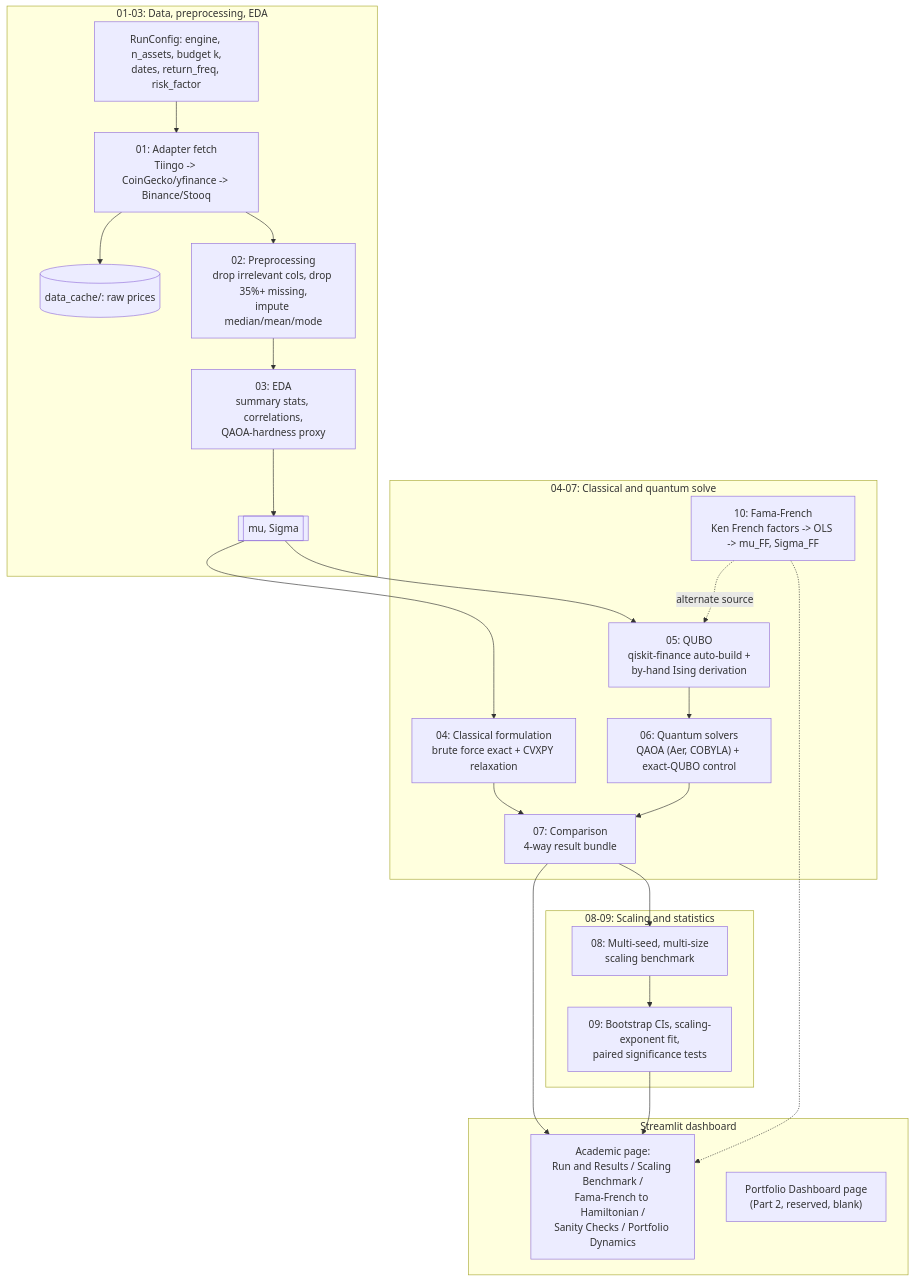
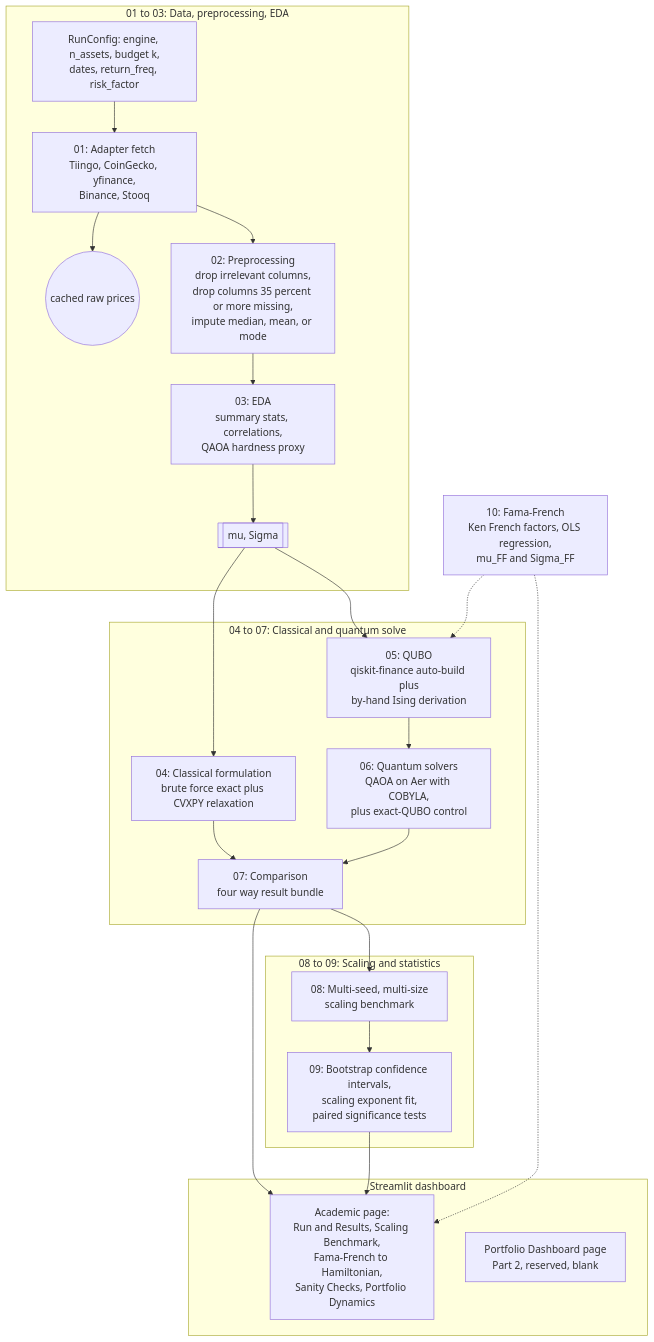
One commit to neelbarve/QAOA-Portfolio-Academic-Exploration changed the diagram in README.md. Above: the diagram before and after it, drawn with Mermaid.

Commit message:
Fix workflow diagram: restructure for reliable GitHub Mermaid rendering
Moved every cross-subgraph edge to a block after the subgraphs close
(the standard, most broadly-supported Mermaid pattern - referencing a
node from an edge inside a different subgraph than where it's declared
is a known source of rendering failures in some Mermaid versions), and
removed special characters (%, /, inline -> arrows) from quoted node
labels that don't reliably parse inside quotes on every Mermaid build.

````diff
--- a/README.md
+++ b/README.md
@@ -115,31 +115,47 @@
 ```mermaid
 flowchart TD
-    subgraph S1["01-03: Data, preprocessing, EDA"]
-        A["RunConfig: engine, n_assets, budget k,<br/>dates, return_freq, risk_factor"] --> B["01: Adapter fetch<br/>Tiingo -> CoinGecko/yfinance -> Binance/Stooq"]
-        B --> C[("data_cache/: raw prices")]
-        B --> D["02: Preprocessing<br/>drop irrelevant cols, drop 35%+ missing,<br/>impute median/mean/mode"]
-        D --> E["03: EDA<br/>summary stats, correlations,<br/>QAOA-hardness proxy"]
-        E --> F[["mu, Sigma"]]
+    subgraph S1["01 to 03: Data, preprocessing, EDA"]
+        A["RunConfig: engine, n_assets, budget k,<br/>dates, return_freq, risk_factor"]
+        B["01: Adapter fetch<br/>Tiingo, CoinGecko, yfinance,<br/>Binance, Stooq"]
+        C(("cached raw prices"))
+        D["02: Preprocessing<br/>drop irrelevant columns,<br/>drop columns 35 percent or more missing,<br/>impute median, mean, or mode"]
+        E["03: EDA<br/>summary stats, correlations,<br/>QAOA hardness proxy"]
+        F[["mu, Sigma"]]
+        A --> B
+        B --> C
+        B --> D
+        D --> E
+        E --> F
     end
 
-    subgraph S2["04-07: Classical and quantum solve"]
-        F --> G["04: Classical formulation<br/>brute force exact + CVXPY relaxation"]
-        F --> H["05: QUBO<br/>qiskit-finance auto-build +<br/>by-hand Ising derivation"]
-        N["10: Fama-French<br/>Ken French factors -> OLS -> mu_FF, Sigma_FF"] -. alternate source .-> H
-        H --> I["06: Quantum solvers<br/>QAOA (Aer, COBYLA) + exact-QUBO control"]
-        G --> J["07: Comparison<br/>4-way result bundle"]
+    subgraph S2["04 to 07: Classical and quantum solve"]
+        G["04: Classical formulation<br/>brute force exact plus CVXPY relaxation"]
+        H["05: QUBO<br/>qiskit-finance auto-build plus<br/>by-hand Ising derivation"]
+        I["06: Quantum solvers<br/>QAOA on Aer with COBYLA,<br/>plus exact-QUBO control"]
+        J["07: Comparison<br/>four way result bundle"]
+        H --> I
+        G --> J
         I --> J
     end
 
-    subgraph S3["08-09: Scaling and statistics"]
-        J --> K["08: Multi-seed, multi-size<br/>scaling benchmark"]
-        K --> L["09: Bootstrap CIs, scaling-exponent fit,<br/>paired significance tests"]
+    subgraph S3["08 to 09: Scaling and statistics"]
+        K["08: Multi-seed, multi-size<br/>scaling benchmark"]
+        L["09: Bootstrap confidence intervals,<br/>scaling exponent fit,<br/>paired significance tests"]
+        K --> L
     end
 
     subgraph S4["Streamlit dashboard"]
-        J --> M["Academic page:<br/>Run and Results / Scaling Benchmark /<br/>Fama-French to Hamiltonian /<br/>Sanity Checks / Portfolio Dynamics"]
-        L --> M
-        N -.-> M
-        P["Portfolio Dashboard page<br/>(Part 2, reserved, blank)"]
+        M["Academic page:<br/>Run and Results, Scaling Benchmark,<br/>Fama-French to Hamiltonian,<br/>Sanity Checks, Portfolio Dynamics"]
+        P["Portfolio Dashboard page<br/>Part 2, reserved, blank"]
     end
+
+    N["10: Fama-French<br/>Ken French factors, OLS regression,<br/>mu_FF and Sigma_FF"]
+
+    F --> G
+    F --> H
+    N -.-> H
+    J --> K
+    J --> M
+    L --> M
+    N -.-> M
 ```
````
